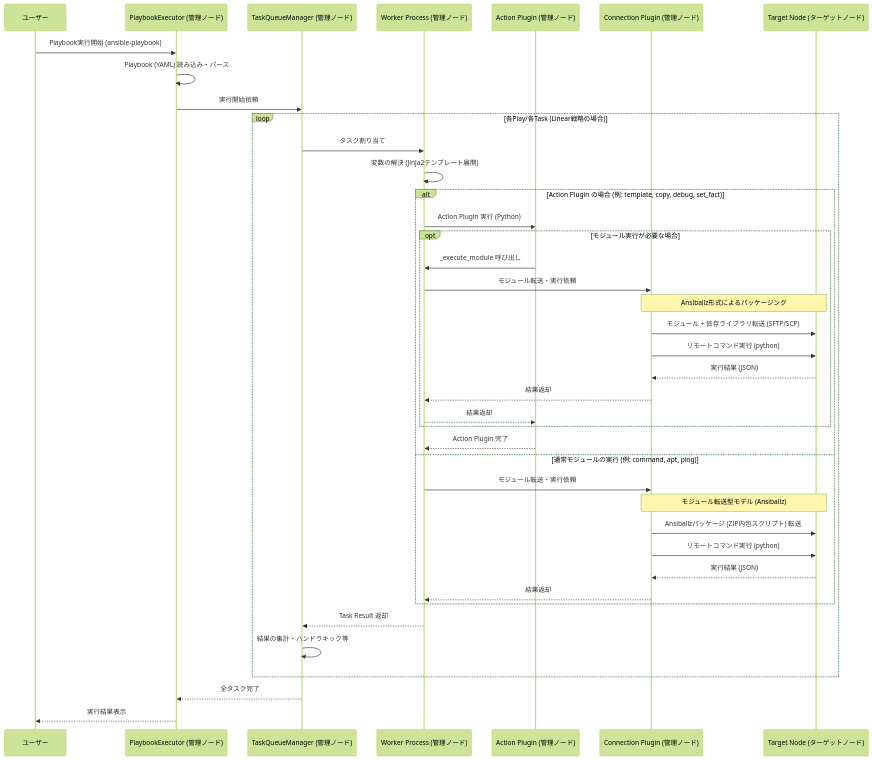
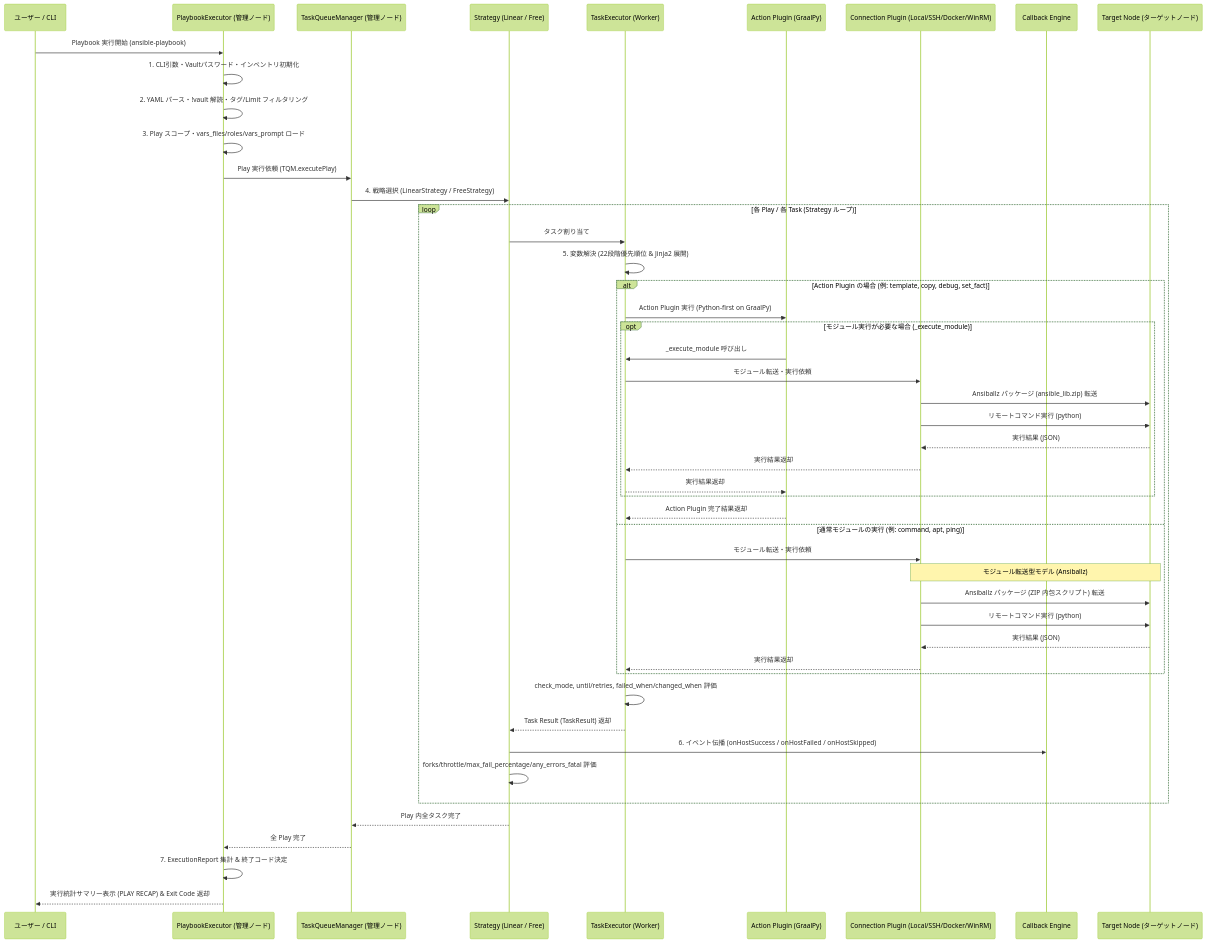
Before and after one commit to yamanakahirofumi/graal-ansible: the diagram in docs/features/Process-Flow.md, drawn with Mermaid (forest theme). The commit also changed other lines of this file and 1 other file, not shown here.

First line of the commit message:
[追加] 全体処理フロー（Process Flow）仕様の詳細化

````diff
--- a/docs/features/Process-Flow.md
+++ b/docs/features/Process-Flow.md
@@ -9,47 +9,55 @@
 ```mermaid
 sequenceDiagram
-    participant User as ユーザー
+    participant User as ユーザー / CLI
     participant PE as PlaybookExecutor (管理ノード)
     participant TQM as TaskQueueManager (管理ノード)
-    participant Worker as Worker Process (管理ノード)
-    participant AP as Action Plugin (管理ノード)
-    participant CP as Connection Plugin (管理ノード)
+    participant Strategy as Strategy (Linear / Free)
+    participant Worker as TaskExecutor (Worker)
+    participant AP as Action Plugin (GraalPy)
+    participant CP as Connection Plugin (Local/SSH/Docker/WinRM)
+    participant Callback as Callback Engine
     participant TN as Target Node (ターゲットノード)
 
-    User->>PE: Playbook実行開始 (ansible-playbook)
-    PE->>PE: Playbook (YAML) 読み込み・パース
-    PE->>TQM: 実行開始依頼
+    User->>PE: Playbook 実行開始 (ansible-playbook)
+    PE->>PE: 1. CLI引数・Vaultパスワード・インベントリ初期化
+    PE->>PE: 2. YAML パース・!vault 解読・タグ/Limit フィルタリング
+    PE->>PE: 3. Play スコープ・vars_files/roles/vars_prompt ロード
+    PE->>TQM: Play 実行依頼 (TQM.executePlay)
 
-    loop 各Play/各Task (Linear戦略の場合)
-        TQM->>Worker: タスク割り当て
-        Worker->>Worker: 変数の解決 (Jinja2テンプレート展開)
+    TQM->>Strategy: 4. 戦略選択 (LinearStrategy / FreeStrategy)
+    loop 各 Play / 各 Task (Strategy ループ)
+        Strategy->>Worker: タスク割り当て
+        Worker->>Worker: 5. 変数解決 (22段階優先順位 & Jinja2 展開)
 
         alt Action Plugin の場合 (例: template, copy, debug, set_fact)
-            Worker->>AP: Action Plugin 実行 (Python)
-            opt モジュール実行が必要な場合
+            Worker->>AP: Action Plugin 実行 (Python-first on GraalPy)
+            opt モジュール実行が必要な場合 (_execute_module)
                 AP->>Worker: _execute_module 呼び出し
                 Worker->>CP: モジュール転送・実行依頼
-                Note over CP, TN: Ansiballz形式によるパッケージング
-                CP->>TN: モジュール + 依存ライブラリ転送 (SFTP/SCP)
+                CP->>TN: Ansiballz パッケージ (ansible_lib.zip) 転送
                 CP->>TN: リモートコマンド実行 (python)
                 TN-->>CP: 実行結果 (JSON)
-                CP-->>Worker: 結果返却
-                Worker-->>AP: 結果返却
+                CP-->>Worker: 実行結果返却
+                Worker-->>AP: 実行結果返却
             end
-            AP-->>Worker: Action Plugin 完了
+            AP-->>Worker: Action Plugin 完了結果返却
         else 通常モジュールの実行 (例: command, apt, ping)
             Worker->>CP: モジュール転送・実行依頼
             Note over CP, TN: モジュール転送型モデル (Ansiballz)
-            CP->>TN: Ansiballzパッケージ (ZIP内包スクリプト) 転送
+            CP->>TN: Ansiballz パッケージ (ZIP 内包スクリプト) 転送
             CP->>TN: リモートコマンド実行 (python)
             TN-->>CP: 実行結果 (JSON)
-            CP-->>Worker: 結果返却
+            CP-->>Worker: 実行結果返却
         end
 
-        Worker-->>TQM: Task Result 返却
-        TQM->>TQM: 結果の集計・ハンドラキック等
+        Worker->>Worker: check_mode, until/retries, failed_when/changed_when 評価
+        Worker-->>Strategy: Task Result (TaskResult) 返却
+        Strategy->>Callback: 6. イベント伝播 (onHostSuccess / onHostFailed / onHostSkipped)
+        Strategy->>Strategy: forks/throttle/max_fail_percentage/any_errors_fatal 評価
     end
 
-    TQM-->>PE: 全タスク完了
-    PE-->>User: 実行結果表示
+    Strategy-->>TQM: Play 内全タスク完了
+    TQM-->>PE: 全 Play 完了
+    PE->>PE: 7. ExecutionReport 集計 & 終了コード決定
+    PE-->>User: 実行統計サマリー表示 (PLAY RECAP) & Exit Code 返却
 ```
````
